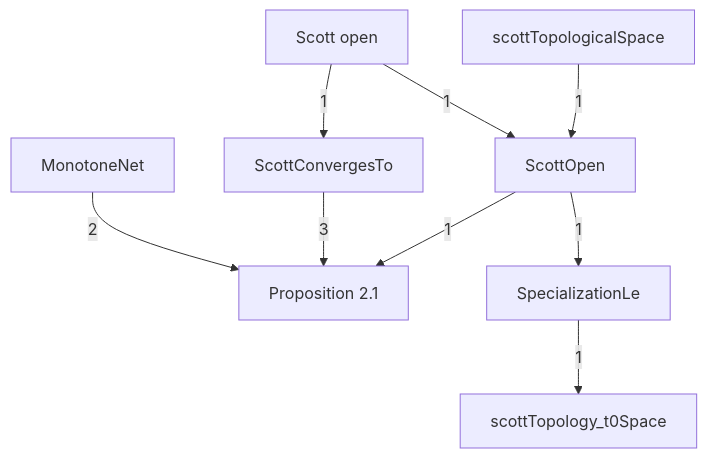
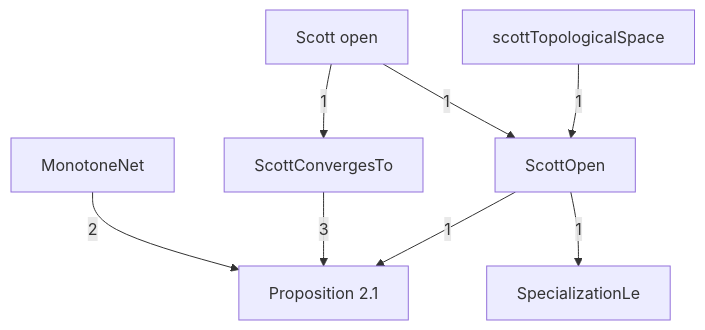
The diagram in DomainTheory/ContinuousLattice/Specialization/Specialization.mermaid (catskillsresearch/DomainTheory), drawn with Mermaid before and after one commit. The commit also changed 7 other files, not shown here.

First line of the commit message:
Merge Scott T₀ into scottTopologicalSpace as scottTopologicalSpace.t0Space.

```diff
--- a/DomainTheory/ContinuousLattice/Specialization/Specialization.mermaid
+++ b/DomainTheory/ContinuousLattice/Specialization/Specialization.mermaid
@@ -1,26 +1,24 @@
 %% Notes of the specialization order, in outline order.
 %% Each box is one outline note from 1972_Specialization_order.md.
 %% Arrowhead on the importer. The number is a direct-import count.
 %% An arrow already implied by a longer path is omitted.
 flowchart TB
 
   MN["MonotoneNet"]
   P21["Proposition 2.1"]
   SO["Scott open"]
   SCT["ScottConvergesTo"]
   SOsp["ScottOpen"]
   STS["scottTopologicalSpace"]
-  T0["scottTopology_t0Space"]
   SLe["SpecializationLe"]
 
   MN -->|"2"| P21
   SCT -->|"3"| P21
   SOsp -->|"1"| P21
   SO -->|"1"| SCT
   SOsp -->|"1"| SLe
   SO -->|"1"| SOsp
   STS -->|"1"| SOsp
-  SLe -->|"1"| T0
 
   classDef file fill:#dbeafe,stroke:#1d4ed8,color:#1e3a8a
   classDef ext fill:#f3f4f6,stroke:#374151,color:#111827
```
